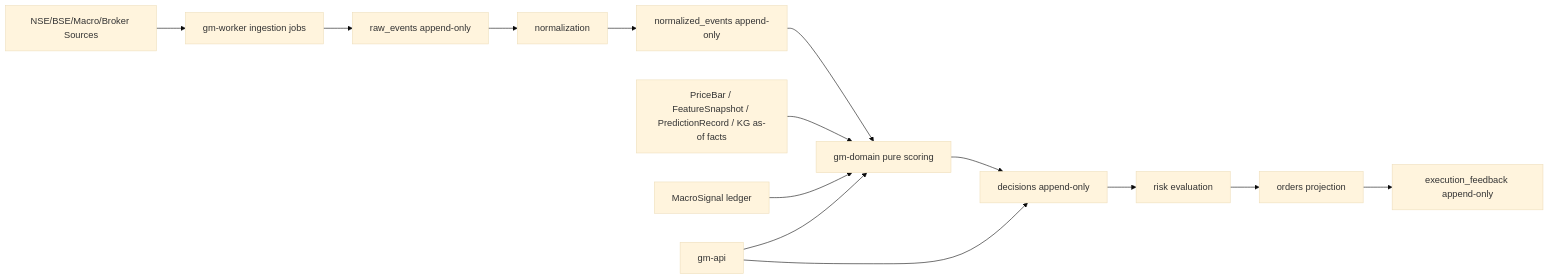
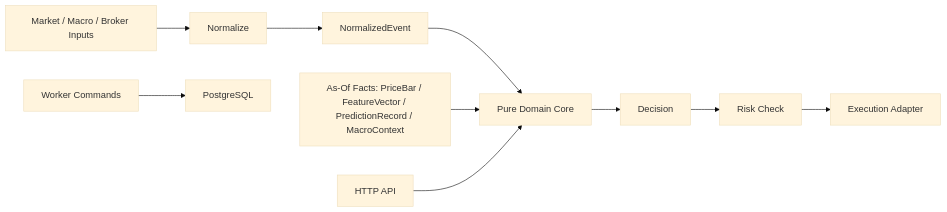
Before and after one commit to llMr-Sweetll/market-intelligence-core: the diagram in docs/ARCHITECTURE.md, drawn with Mermaid (base theme). The commit also changed other lines of this file and 17 other files, not shown here.

Commit message:
Make market core standalone and verifiable

````diff
--- a/docs/ARCHITECTURE.md
+++ b/docs/ARCHITECTURE.md
@@ -15,16 +16,12 @@
 ```mermaid
 flowchart LR
-    Sources["NSE/BSE/Macro/Broker Sources"] --> Worker["gm-worker ingestion jobs"]
-    Worker --> Raw["raw_events append-only"]
-    Raw --> Normalize["normalization"]
-    Normalize --> Norm["normalized_events append-only"]
-    Norm --> Domain["gm-domain pure scoring"]
-    Facts["PriceBar / FeatureSnapshot / PredictionRecord / KG as-of facts"] --> Domain
-    Macro["MacroSignal ledger"] --> Domain
-    Domain --> Decisions["decisions append-only"]
-    Decisions --> Risk["risk evaluation"]
-    Risk --> Orders["orders projection"]
-    Orders --> Feedback["execution_feedback append-only"]
-    API["gm-api"] --> Domain
-    API --> Decisions
+    Source["Market / Macro / Broker Inputs"] --> Normalize["Normalize"]
+    Normalize --> Event["NormalizedEvent"]
+    Event --> Domain["Pure Domain Core"]
+    Facts["As-Of Facts: PriceBar / FeatureVector / PredictionRecord / MacroContext"] --> Domain
+    Domain --> Decision["Decision"]
+    Decision --> Risk["Risk Check"]
+    Risk --> Execution["Execution Adapter"]
+    API["HTTP API"] --> Domain
+    Worker["Worker Commands"] --> Storage["PostgreSQL"]
 ```
````
